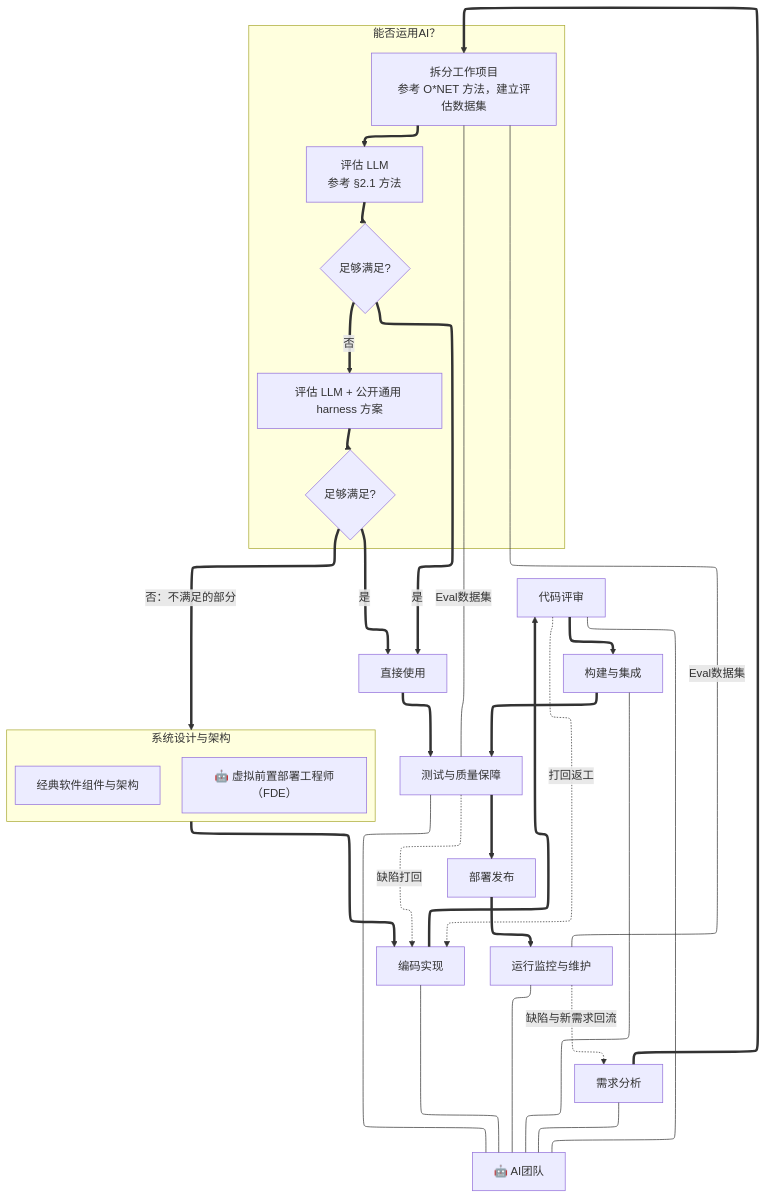
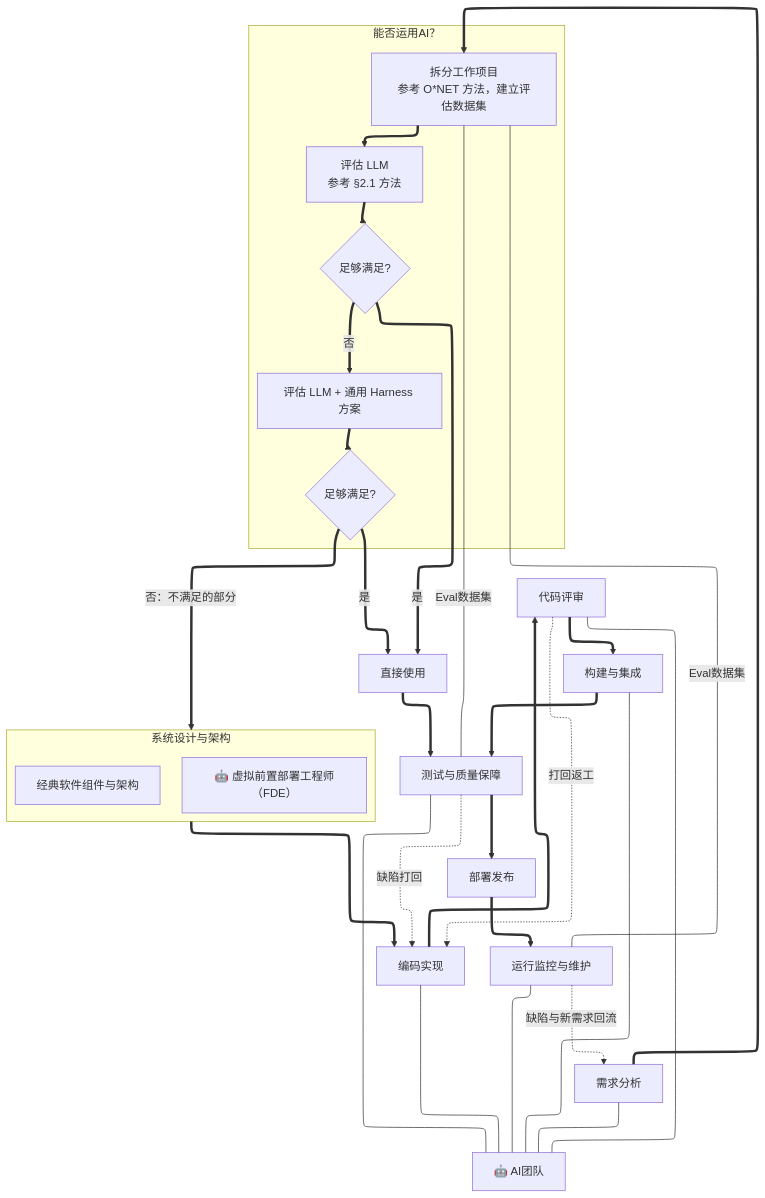
The second of 2 diagrams in chat/AIKnowledgeLabor.md (AI-LLM/Controversy), drawn with Mermaid before and after one commit.

````diff
--- a/chat/AIKnowledgeLabor.md
+++ b/chat/AIKnowledgeLabor.md
@@ -624,44 +624,44 @@
 ```mermaid
 ---
 config:
   layout: elk
   elk:
     nodePlacementStrategy: NETWORK_SIMPLEX
     mergeEdges: false
 ---
 graph TD
     R[需求分析] ==> A1
     subgraph SP [能否运用AI？]
         direction TB
         A1[拆分工作项目<br/>参考 O*NET 方法，建立评估数据集] ==> A2[评估 LLM<br/>参考 §2.1 方法]
         A2 ==> Q1{足够满足?}
-        Q1 == 否 ==> A3[评估 LLM + 公开通用 harness 方案]
+        Q1 == 否 ==> A3[评估 LLM + 通用 Harness 方案]
         A3 ==> Q2{足够满足?}
     end
     Q1 == 是 ==> U[直接使用]
     Q2 == 是 ==> U
     U ==> T
     subgraph D [系统设计与架构]
         direction TB
         D1[经典软件组件与架构]
         D2[🤖 虚拟前置部署工程师（FDE）]
     end
     Q2 == 否：不满足的部分 ==> D
     D ==> C[编码实现]
     C ==> CR[代码评审]
     CR ==> IG[构建与集成]
     IG ==> T[测试与质量保障]
     T ==> DP[部署发布]
     DP ==> MO[运行监控与维护]
     CR -. 打回返工 .-> C
     T -. 缺陷打回 .-> C
     MO -. 缺陷与新需求回流 .-> R
     R --- AIE[🤖 AI团队]
     C --- AIE
     CR --- AIE
     IG --- AIE
     T --- AIE
     MO --- AIE
     A1 ---|Eval数据集| T
     A1 ---|Eval数据集| MO
 ```
````
